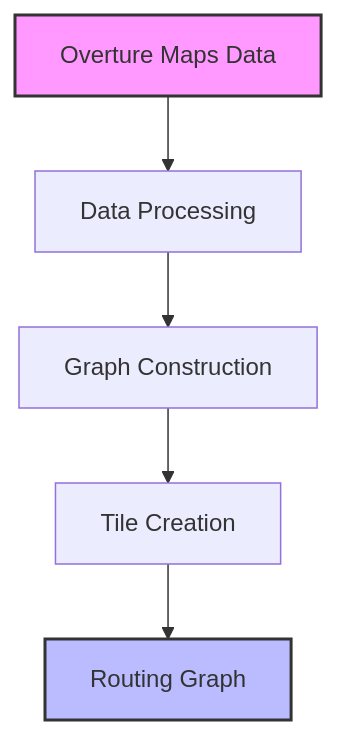
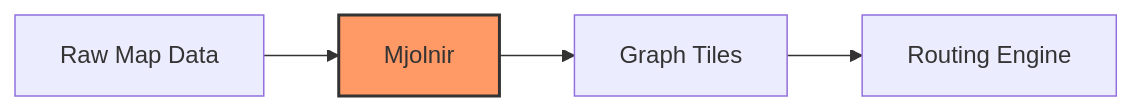
The first of 2 diagrams in docs/books/valhalla-mjolnir/src/00_introduction.md (OvertureMaps/transportation-routing), drawn with Mermaid before and after one commit. The commit also changed other lines of this file, not shown here.

First line of the commit message:
Update Valhalla Mjolnir book introduction with narrative approach

````diff
--- a/docs/books/valhalla-mjolnir/src/00_introduction.md
+++ b/docs/books/valhalla-mjolnir/src/00_introduction.md
@@ -37,10 +11,8 @@
 ```mermaid
-flowchart TD
-    A[Overture Maps Data] --> B[Data Processing]
-    B --> C[Graph Construction]
-    C --> D[Tile Creation]
-    D --> E[Routing Graph]
+flowchart LR
+    A[Raw Map Data] --> B[Mjolnir]
+    B --> C[Graph Tiles]
+    C --> D[Routing Engine]
     
-    style A fill:#f9f,stroke:#333,stroke-width:2px
-    style E fill:#bbf,stroke:#333,stroke-width:2px
+    style B fill:#f96,stroke:#333,stroke-width:2px
 ```
````
